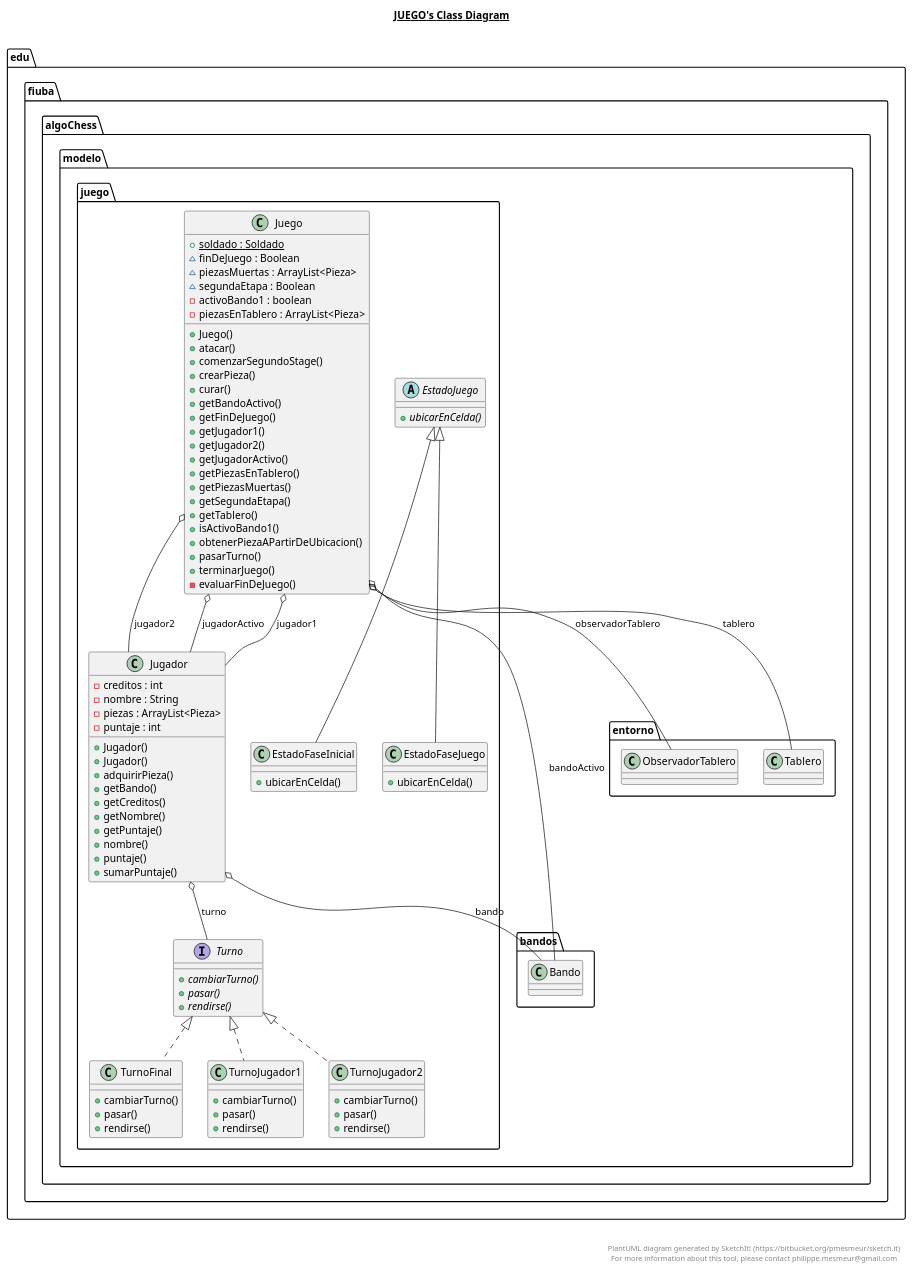
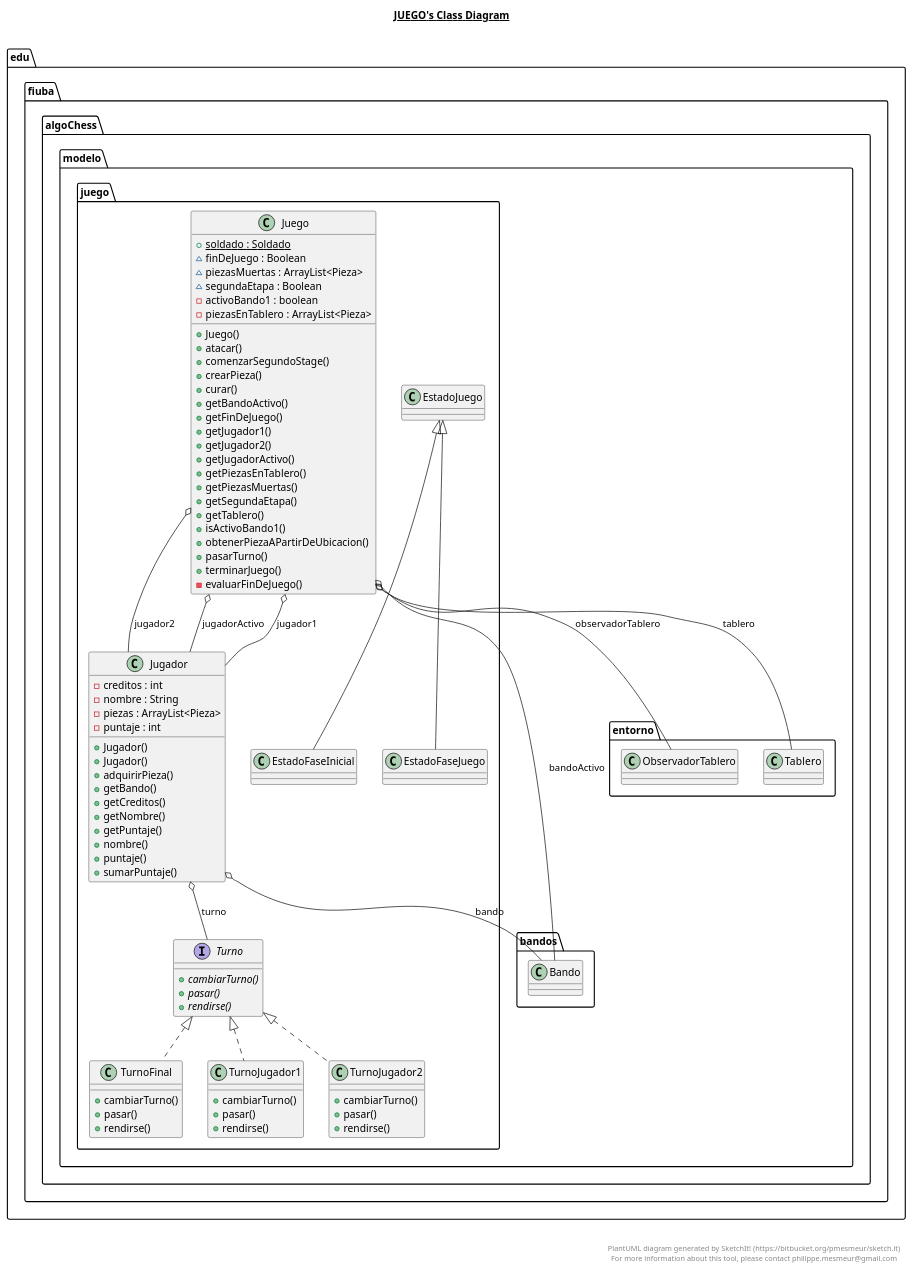
One commit to 0xSkla3/algo3_TP2 changed the diagram in AlgoChess/src/main/java/edu/fiuba/algoChess/modelo/juego/juego.plantuml. Above: the diagram before and after it, drawn with PlantUML. The commit also changed 15 other files, not shown here.

```diff
--- a/AlgoChess/src/main/java/edu/fiuba/algoChess/modelo/juego/juego.plantuml
+++ b/AlgoChess/src/main/java/edu/fiuba/algoChess/modelo/juego/juego.plantuml
@@ -1,153 +1,96 @@
 @startuml
 
 title __JUEGO's Class Diagram__\n
 
-  namespace edu.fiuba.algoChess {
-    namespace modelo.juego {
-      class edu.fiuba.algoChess.modelo.juego.EstadoFaseInicial {
-          + ubicarEnCelda()
-      }
-    }
-  }
-  
-
-  namespace edu.fiuba.algoChess {
-    namespace modelo.juego {
-      class edu.fiuba.algoChess.modelo.juego.EstadoFaseJuego {
-          + ubicarEnCelda()
-      }
-    }
-  }
-  
-
-  namespace edu.fiuba.algoChess {
-    namespace modelo.juego {
-      abstract class edu.fiuba.algoChess.modelo.juego.EstadoJuego {
-          {abstract} + ubicarEnCelda()
-      }
-    }
-  }
-  
-
-  namespace edu.fiuba.algoChess {
-    namespace modelo.juego {
       class edu.fiuba.algoChess.modelo.juego.Juego {
           {static} + soldado : Soldado
           ~ finDeJuego : Boolean
           ~ piezasMuertas : ArrayList<Pieza>
           ~ segundaEtapa : Boolean
           - activoBando1 : boolean
           - piezasEnTablero : ArrayList<Pieza>
           + Juego()
           + atacar()
           + comenzarSegundoStage()
           + crearPieza()
           + curar()
           + getBandoActivo()
           + getFinDeJuego()
           + getJugador1()
           + getJugador2()
           + getJugadorActivo()
           + getPiezasEnTablero()
           + getPiezasMuertas()
           + getSegundaEtapa()
           + getTablero()
           + isActivoBando1()
           + obtenerPiezaAPartirDeUbicacion()
           + pasarTurno()
           + terminarJuego()
           - evaluarFinDeJuego()
       }
-    }
-  }
-  
 
-  namespace edu.fiuba.algoChess {
-    namespace modelo.juego {
       class edu.fiuba.algoChess.modelo.juego.Jugador {
           - creditos : int
           - nombre : String
           - piezas : ArrayList<Pieza>
           - puntaje : int
           + Jugador()
           + Jugador()
           + adquirirPieza()
           + getBando()
           + getCreditos()
           + getNombre()
           + getPuntaje()
           + nombre()
           + puntaje()
           + sumarPuntaje()
       }
-    }
-  }
-  
 
-  namespace edu.fiuba.algoChess {
-    namespace modelo.juego {
       interface edu.fiuba.algoChess.modelo.juego.Turno {
           {abstract} + cambiarTurno()
           {abstract} + pasar()
           {abstract} + rendirse()
       }
-    }
-  }
-  
 
-  namespace edu.fiuba.algoChess {
-    namespace modelo.juego {
       class edu.fiuba.algoChess.modelo.juego.TurnoFinal {
           + cambiarTurno()
           + pasar()
           + rendirse()
       }
-    }
-  }
-  
 
-  namespace edu.fiuba.algoChess {
-    namespace modelo.juego {
       class edu.fiuba.algoChess.modelo.juego.TurnoJugador1 {
           + cambiarTurno()
           + pasar()
           + rendirse()
       }
-    }
-  }
-  
 
-  namespace edu.fiuba.algoChess {
-    namespace modelo.juego {
       class edu.fiuba.algoChess.modelo.juego.TurnoJugador2 {
           + cambiarTurno()
           + pasar()
           + rendirse()
       }
-    }
-  }
-  
 
   edu.fiuba.algoChess.modelo.juego.EstadoFaseInicial -up-|> edu.fiuba.algoChess.modelo.juego.EstadoJuego
   edu.fiuba.algoChess.modelo.juego.EstadoFaseJuego -up-|> edu.fiuba.algoChess.modelo.juego.EstadoJuego
   edu.fiuba.algoChess.modelo.juego.Juego o-- edu.fiuba.algoChess.modelo.bandos.Bando : bandoActivo
   edu.fiuba.algoChess.modelo.juego.Juego o-- edu.fiuba.algoChess.modelo.juego.Jugador : jugador1
   edu.fiuba.algoChess.modelo.juego.Juego o-- edu.fiuba.algoChess.modelo.juego.Jugador : jugador2
   edu.fiuba.algoChess.modelo.juego.Juego o-- edu.fiuba.algoChess.modelo.juego.Jugador : jugadorActivo
   edu.fiuba.algoChess.modelo.juego.Juego o-- edu.fiuba.algoChess.modelo.entorno.ObservadorTablero : observadorTablero
   edu.fiuba.algoChess.modelo.juego.Juego o-- edu.fiuba.algoChess.modelo.entorno.Tablero : tablero
   edu.fiuba.algoChess.modelo.juego.Jugador o-- edu.fiuba.algoChess.modelo.bandos.Bando : bando
   edu.fiuba.algoChess.modelo.juego.Jugador o-- edu.fiuba.algoChess.modelo.juego.Turno : turno
   edu.fiuba.algoChess.modelo.juego.TurnoFinal .up.|> edu.fiuba.algoChess.modelo.juego.Turno
   edu.fiuba.algoChess.modelo.juego.TurnoJugador1 .up.|> edu.fiuba.algoChess.modelo.juego.Turno
   edu.fiuba.algoChess.modelo.juego.TurnoJugador2 .up.|> edu.fiuba.algoChess.modelo.juego.Turno
 
 
 right footer
 
 
 PlantUML diagram generated by SketchIt! (https://bitbucket.org/pmesmeur/sketch.it)
 For more information about this tool, please contact philippe.mesmeur@gmail.com
 endfooter
 
 @enduml
```
